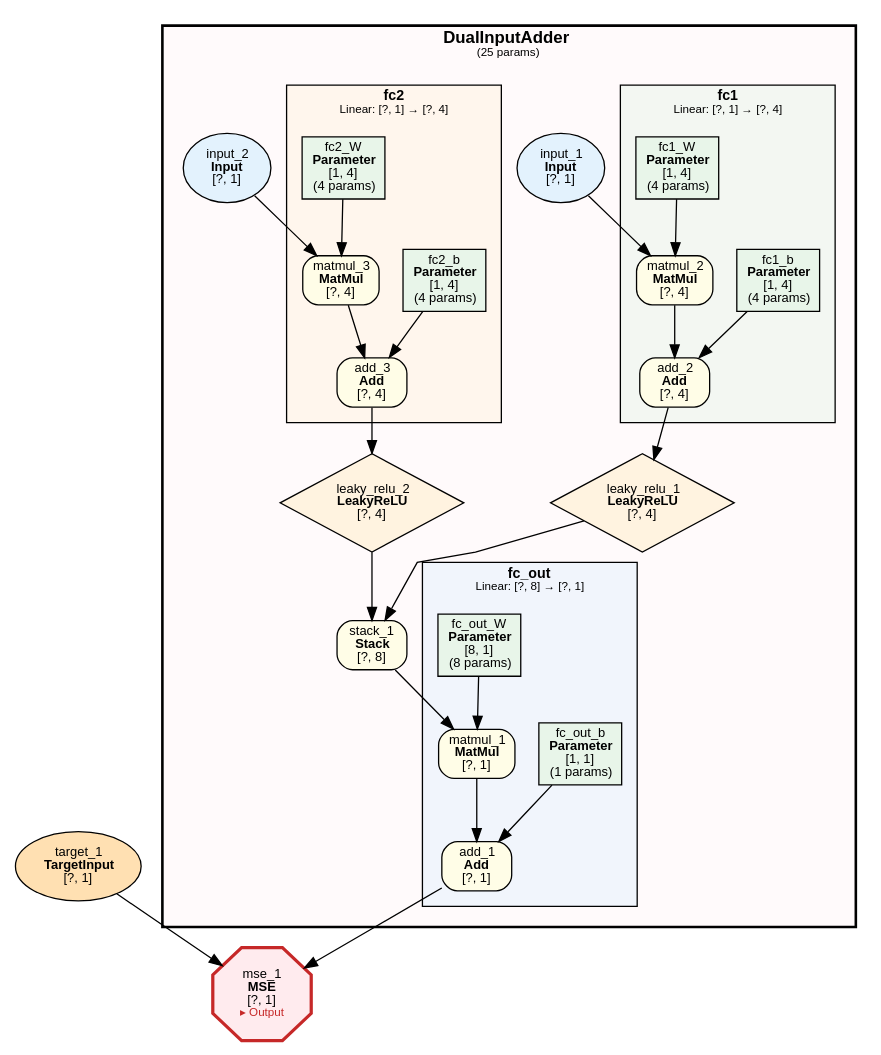
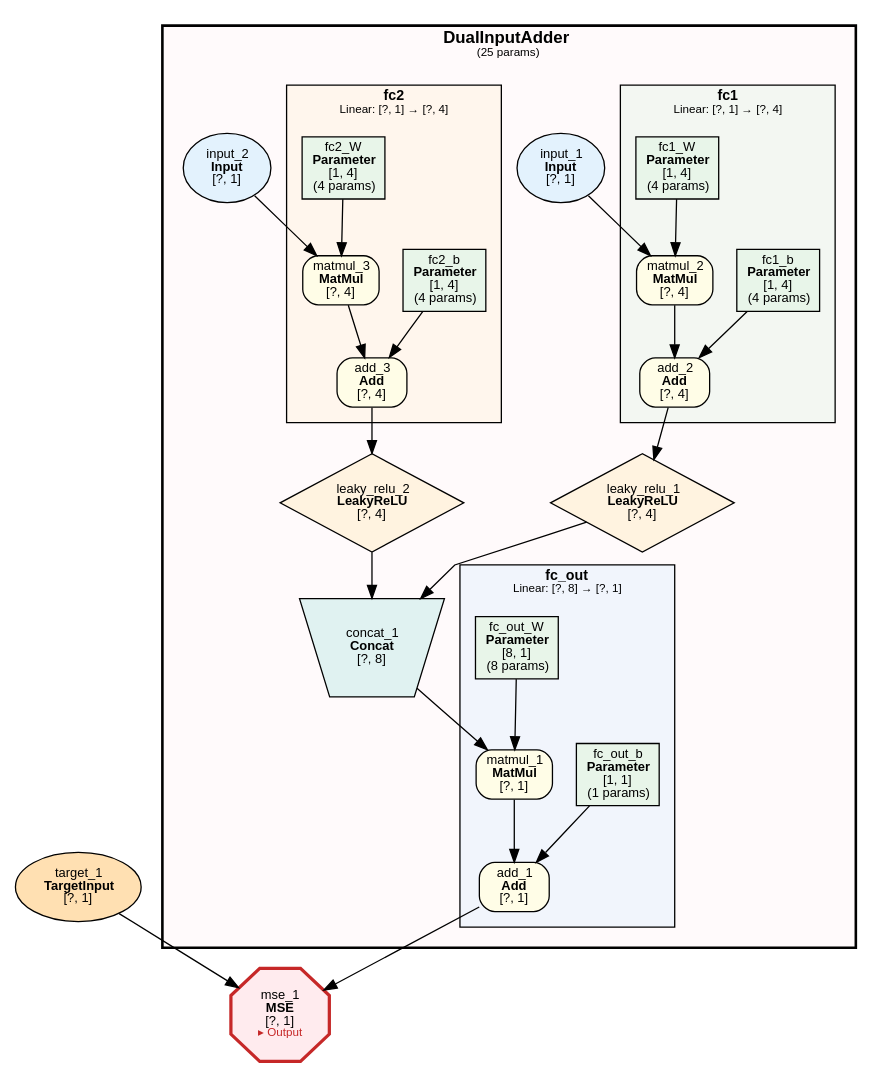
One commit to dbsxdbsx/only_torch changed the diagram in examples/dual_input_add/dual_input_add.dot. Above: the diagram before and after it, drawn with Graphviz. The commit also changed 31 other files, not shown here.

First line of the commit message:
feat: 全面分离 Stack 与 Concat 为独立操作

```diff
--- a/examples/dual_input_add/dual_input_add.dot
+++ b/examples/dual_input_add/dual_input_add.dot
@@ -1,83 +1,83 @@
 digraph ComputeGraph {
     rankdir=TB;
     newrank=true;
     splines=polyline;
     node [fontname="Microsoft YaHei,SimHei,Arial"];
     edge [fontname="Microsoft YaHei,SimHei,Arial"];
 
     subgraph cluster_model_DualInputAdder {
         label=<<B>DualInputAdder</B><BR/><FONT POINT-SIZE="9">(25 params)</FONT>>;
         style="filled,bold";
         fillcolor="#FFEBEE40";
         fontname="Microsoft YaHei,SimHei,Arial";
         fontsize=13;
         margin=16;
 
         subgraph cluster_DualInputAdder_fc_out {
             label=<<B>fc_out</B><BR/><FONT POINT-SIZE="9">Linear: [?, 8] → [?, 1]</FONT>>;
             style=filled;
             fillcolor="#E3F2FD80";
             fontname="Microsoft YaHei,SimHei,Arial";
             fontsize=11;
             margin=12;
                 "2" [label=<add_1<BR/><B>Add</B><BR/>[?, 1]> shape=box style="filled,rounded" fillcolor="#FFFDE7" fontsize=10];
                 "4" [label=<matmul_1<BR/><B>MatMul</B><BR/>[?, 1]> shape=box style="filled,rounded" fillcolor="#FFFDE7" fontsize=10];
                 "5" [label=<fc_out_b<BR/><B>Parameter</B><BR/>[1, 1]<BR/>(1 params)> shape=box style=filled fillcolor="#E8F5E9" fontsize=10];
                 "7" [label=<fc_out_W<BR/><B>Parameter</B><BR/>[8, 1]<BR/>(8 params)> shape=box style=filled fillcolor="#E8F5E9" fontsize=10];
         }
 
         subgraph cluster_DualInputAdder_fc1 {
             label=<<B>fc1</B><BR/><FONT POINT-SIZE="9">Linear: [?, 1] → [?, 4]</FONT>>;
             style=filled;
             fillcolor="#E8F5E980";
             fontname="Microsoft YaHei,SimHei,Arial";
             fontsize=11;
             margin=12;
                 "10" [label=<add_2<BR/><B>Add</B><BR/>[?, 4]> shape=box style="filled,rounded" fillcolor="#FFFDE7" fontsize=10];
                 "12" [label=<matmul_2<BR/><B>MatMul</B><BR/>[?, 4]> shape=box style="filled,rounded" fillcolor="#FFFDE7" fontsize=10];
                 "13" [label=<fc1_b<BR/><B>Parameter</B><BR/>[1, 4]<BR/>(4 params)> shape=box style=filled fillcolor="#E8F5E9" fontsize=10];
                 "17" [label=<fc1_W<BR/><B>Parameter</B><BR/>[1, 4]<BR/>(4 params)> shape=box style=filled fillcolor="#E8F5E9" fontsize=10];
         }
 
         subgraph cluster_DualInputAdder_fc2 {
             label=<<B>fc2</B><BR/><FONT POINT-SIZE="9">Linear: [?, 1] → [?, 4]</FONT>>;
             style=filled;
             fillcolor="#FFF3E080";
             fontname="Microsoft YaHei,SimHei,Arial";
             fontsize=11;
             margin=12;
                 "11" [label=<add_3<BR/><B>Add</B><BR/>[?, 4]> shape=box style="filled,rounded" fillcolor="#FFFDE7" fontsize=10];
                 "14" [label=<matmul_3<BR/><B>MatMul</B><BR/>[?, 4]> shape=box style="filled,rounded" fillcolor="#FFFDE7" fontsize=10];
                 "15" [label=<fc2_b<BR/><B>Parameter</B><BR/>[1, 4]<BR/>(4 params)> shape=box style=filled fillcolor="#E8F5E9" fontsize=10];
                 "19" [label=<fc2_W<BR/><B>Parameter</B><BR/>[1, 4]<BR/>(4 params)> shape=box style=filled fillcolor="#E8F5E9" fontsize=10];
         }
 
-        "6" [label=<stack_1<BR/><B>Stack</B><BR/>[?, 8]> shape=box style="filled,rounded" fillcolor="#FFFDE7" fontsize=10];
+        "6" [label=<concat_1<BR/><B>Concat</B><BR/>[?, 8]> shape=invtrapezium style=filled fillcolor="#E0F2F1" fontsize=10];
         "8" [label=<leaky_relu_1<BR/><B>LeakyReLU</B><BR/>[?, 4]> shape=diamond style=filled fillcolor="#FFF3E0" fontsize=10];
         "9" [label=<leaky_relu_2<BR/><B>LeakyReLU</B><BR/>[?, 4]> shape=diamond style=filled fillcolor="#FFF3E0" fontsize=10];
         "16" [label=<input_1<BR/><B>Input</B><BR/>[?, 1]> shape=ellipse style=filled fillcolor="#E3F2FD" fontsize=10];
         "18" [label=<input_2<BR/><B>Input</B><BR/>[?, 1]> shape=ellipse style=filled fillcolor="#E3F2FD" fontsize=10];
     }
 
     "1" [label=<mse_1<BR/><B>MSE</B><BR/>[?, 1]<BR/><FONT COLOR="#C62828" POINT-SIZE="9">▸ Output</FONT>> shape=octagon style=filled fillcolor="#FFEBEE" fontsize=10 penwidth=2.5 color="#C62828"];
     "3" [label=<target_1<BR/><B>TargetInput</B><BR/>[?, 1]> shape=ellipse style=filled fillcolor="#FFE0B2" fontsize=10];
 
     "2" -> "1";
     "3" -> "1";
     "4" -> "2";
     "5" -> "2";
     "6" -> "4";
     "7" -> "4";
     "8" -> "6";
     "9" -> "6";
     "10" -> "8";
     "11" -> "9";
     "12" -> "10";
     "13" -> "10";
     "14" -> "11";
     "15" -> "11";
     "16" -> "12";
     "17" -> "12";
     "18" -> "14";
     "19" -> "14";
 }
```
